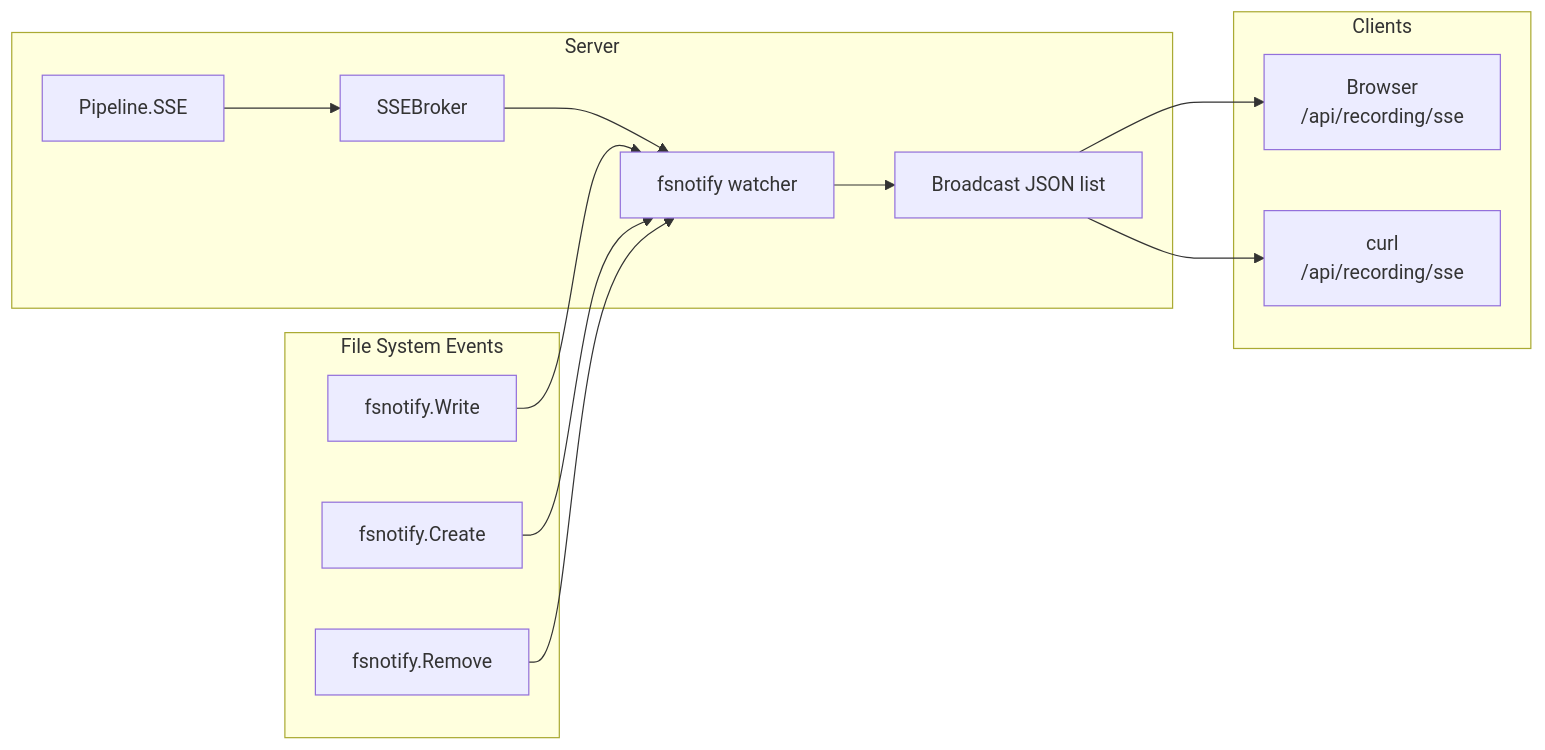
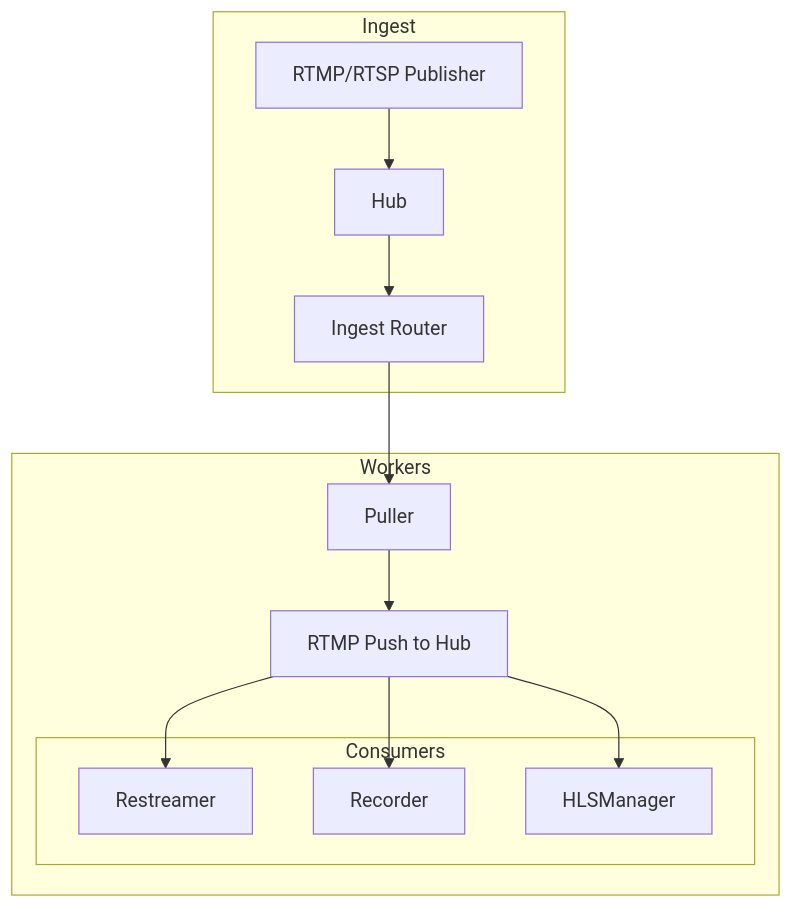
One commit to krsna1729/go-mls changed the third of 5 diagrams in docs/architecture.md. Above: the diagram before and after it, drawn with Mermaid. The commit also changed other lines of this file and 1 other file, not shown here.

First line of the commit message:
docs: Update architecture and configuration docs

````diff
--- a/docs/architecture.md
+++ b/docs/architecture.md
@@ -215,26 +87,22 @@
 ```mermaid
-flowchart LR
-    subgraph server["Server"]
-        A["Pipeline.SSE"] --> B["SSEBroker"]
-        B --> C["fsnotify watcher"]
-        C --> D["Broadcast JSON list"]
+flowchart TB
+    subgraph ingest["Ingest"]
+        A["RTMP/RTSP Publisher"] --> B["Hub"]
+        B --> C["Ingest Router"]
     end
     
-    subgraph clients["Clients"]
-        E["Browser<br/>/api/recording/sse"]
-        F["curl<br/>/api/recording/sse"]
+    subgraph workers["Workers"]
+        C --> D["Puller"]
+        D --> E["RTMP Push to Hub"]
+        
+        subgraph consumers["Consumers"]
+            F["Restreamer"]
+            G["Recorder"]
+            H["HLSManager"]
+        end
     end
     
-    D --> E
-    D --> F
-    
-    subgraph events["File System Events"]
-        G["fsnotify.Write"]
-        H["fsnotify.Create"]
-        I["fsnotify.Remove"]
-    end
-    
-    G --> C
-    H --> C
-    I --> C
+    E --> F
+    E --> G
+    E --> H
 ```
````
